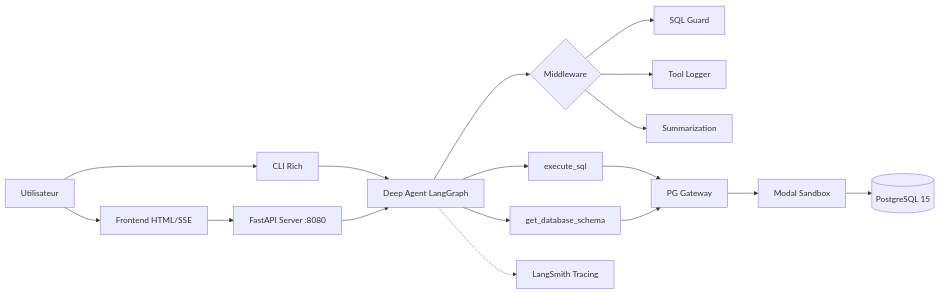
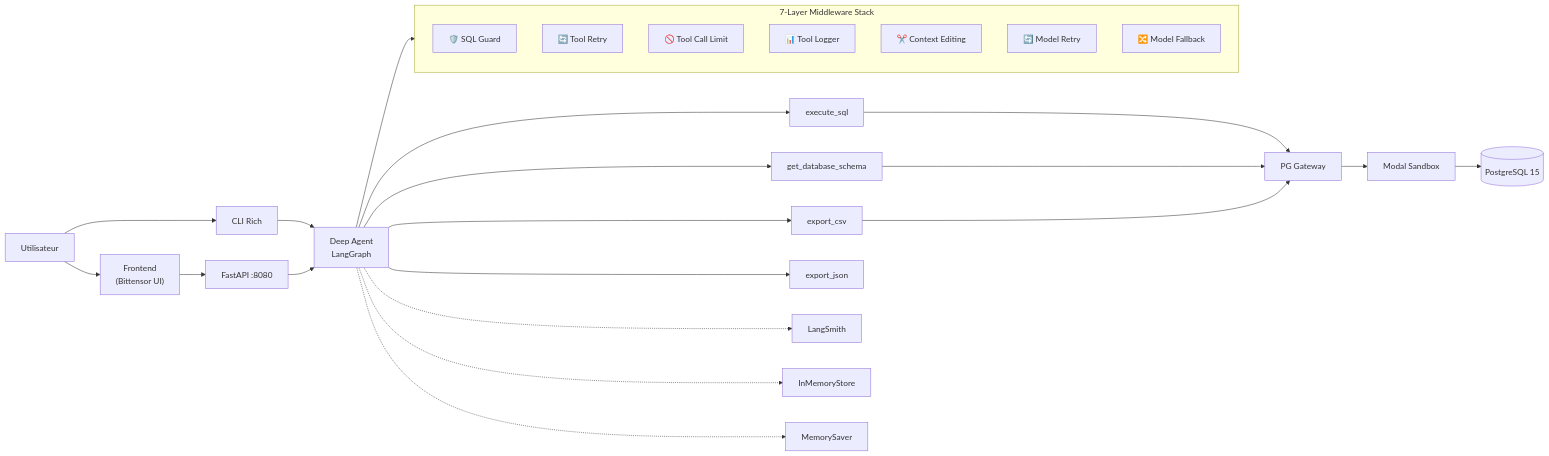
Before and after one commit to Shumatsurontek/neo-deep-agent-lab: the diagram in README.md, drawn with Mermaid. The commit also changed other lines of this file and 8 other files, not shown here.

Commit message:
Enhance Neo Deep Agent Lab with export functionality and middleware improvements

````diff
--- a/README.md
+++ b/README.md
@@ -9,19 +21,34 @@
 ```mermaid
 graph LR
-    U[Utilisateur] --> F[Frontend HTML/SSE]
+    U[Utilisateur] --> F["Frontend<br/>(Bittensor UI)"]
     U --> C[CLI Rich]
-    F --> S[FastAPI Server :8080]
-    C --> A[Deep Agent LangGraph]
+    F --> S[FastAPI :8080]
+    C --> A[Deep Agent<br/>LangGraph]
     S --> A
-    A --> MW{Middleware}
-    MW --> SG[SQL Guard]
-    MW --> LOG[Tool Logger]
-    MW --> SUM[Summarization]
-    A --> T1[execute_sql]
-    A --> T2[get_database_schema]
-    T1 --> PG_GW[PG Gateway]
-    T2 --> PG_GW
+
+    subgraph mw [" 7-Layer Middleware Stack "]
+        direction TB
+        SG["🛡️ SQL Guard"]
+        TR["🔄 Tool Retry"]
+        TL["🚫 Tool Call Limit"]
+        LOG["📊 Tool Logger"]
+        CE["✂️ Context Editing"]
+        MR["🔄 Model Retry"]
+        MF["🔀 Model Fallback"]
+    end
+
+    A --> mw
+
+    A --> T1["execute_sql"]
+    A --> T2["get_database_schema"]
+    A --> T3["export_csv"]
+    A --> T4["export_json"]
+
+    T1 & T2 & T3 --> PG_GW[PG Gateway]
     PG_GW --> SB[Modal Sandbox]
     SB --> PG[(PostgreSQL 15)]
-    A -.-> LS[LangSmith Tracing]
+
+    A -.-> LS[LangSmith]
+    A -.-> ST[InMemoryStore]
+    A -.-> CP[MemorySaver]
 ```
````
